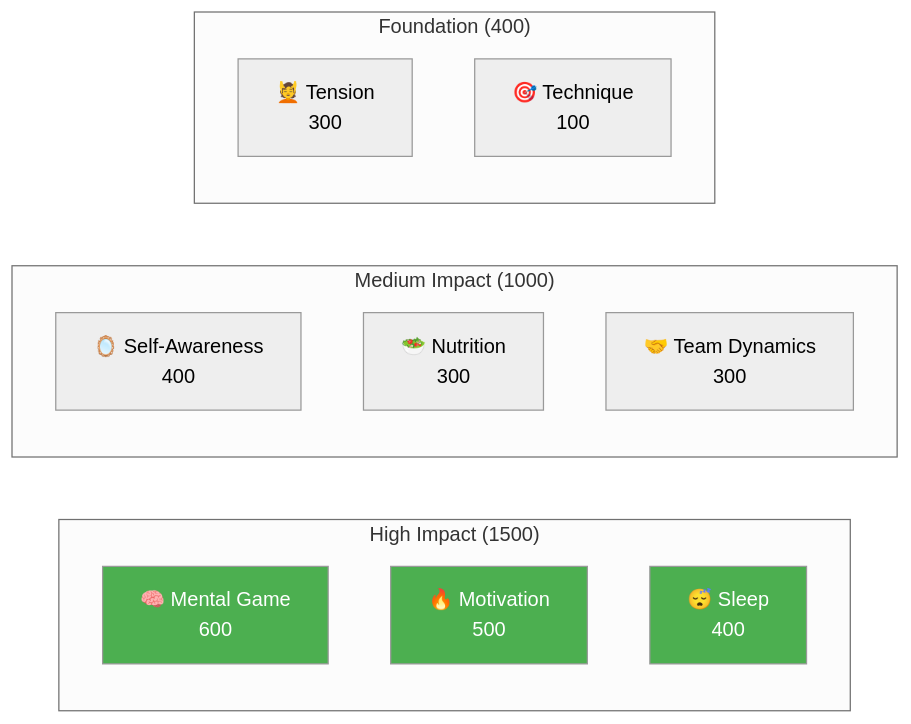
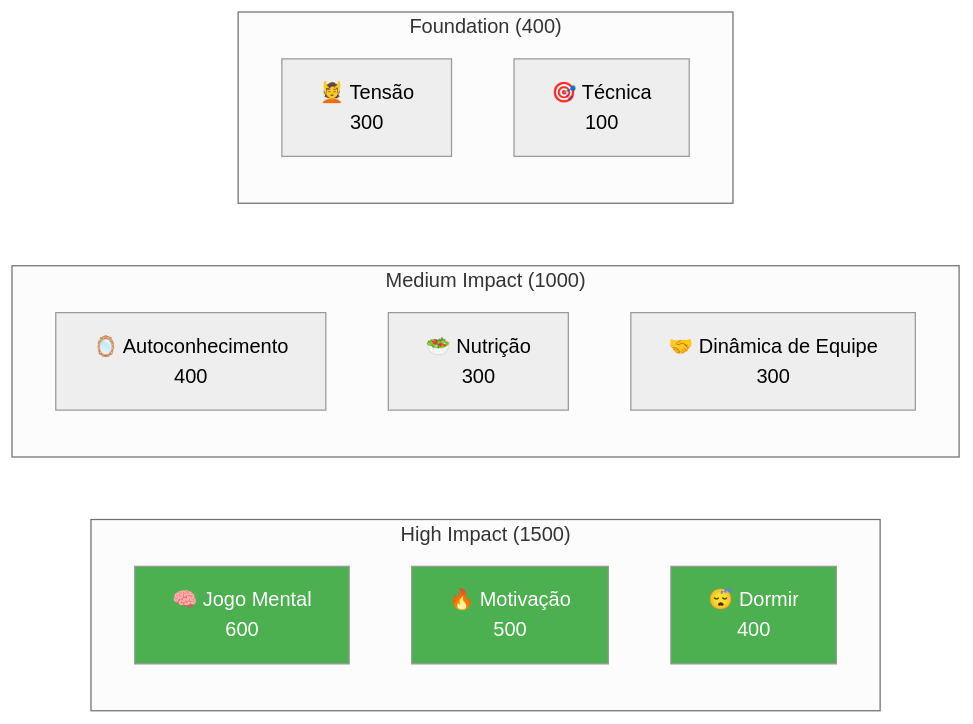
One commit to patwii/petanque-academy changed the diagram in docs/pt/education/index.md. Above: the diagram before and after it, drawn with Mermaid (neutral theme). The commit also changed other lines of this file and 550 other files, not shown here.

````diff
--- a/docs/pt/education/index.md
+++ b/docs/pt/education/index.md
@@ -34,23 +34,23 @@
 ```mermaid
 graph LR
     subgraph "High Impact (1500)"
-        A[🧠 Mental Game<br/>600]
-        B[🔥 Motivation<br/>500]
-        C[😴 Sleep<br/>400]
+        A[🧠 Jogo Mental <br/> 600]
+        B[🔥 Motivação <br/> 500]
+        C[😴 Dormir <br/> 400]
     end
 
     subgraph "Medium Impact (1000)"
-        D[🪞 Self-Awareness<br/>400]
-        E[🥗 Nutrition<br/>300]
-        F[🤝 Team Dynamics<br/>300]
+        D[🪞 Autoconhecimento <br/> 400]
+        E[🥗 Nutrição <br/> 300]
+        F[🤝 Dinâmica de Equipe <br/> 300]
     end
 
     subgraph "Foundation (400)"
-        G[💆 Tension<br/>300]
-        H[🎯 Technique<br/>100]
+        G[💆 Tensão <br/> 300]
+        H[🎯 Técnica <br/> 100]
     end
 
     style A fill:#4CAF50,color:#fff
     style B fill:#4CAF50,color:#fff
     style C fill:#4CAF50,color:#fff
 ```
````
